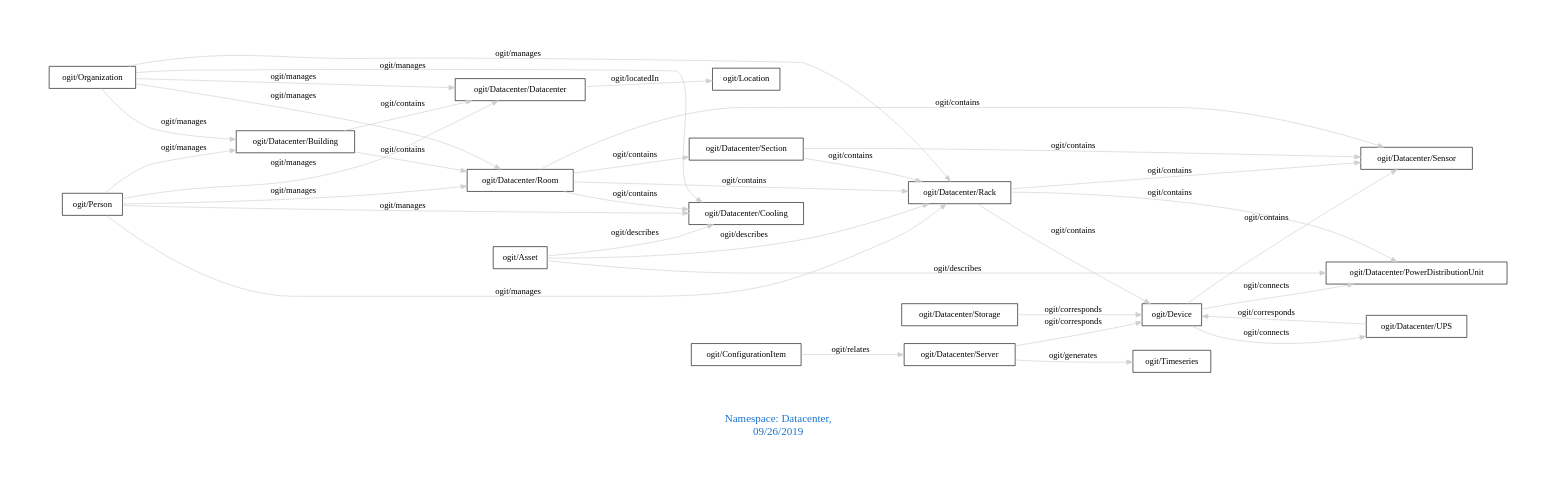
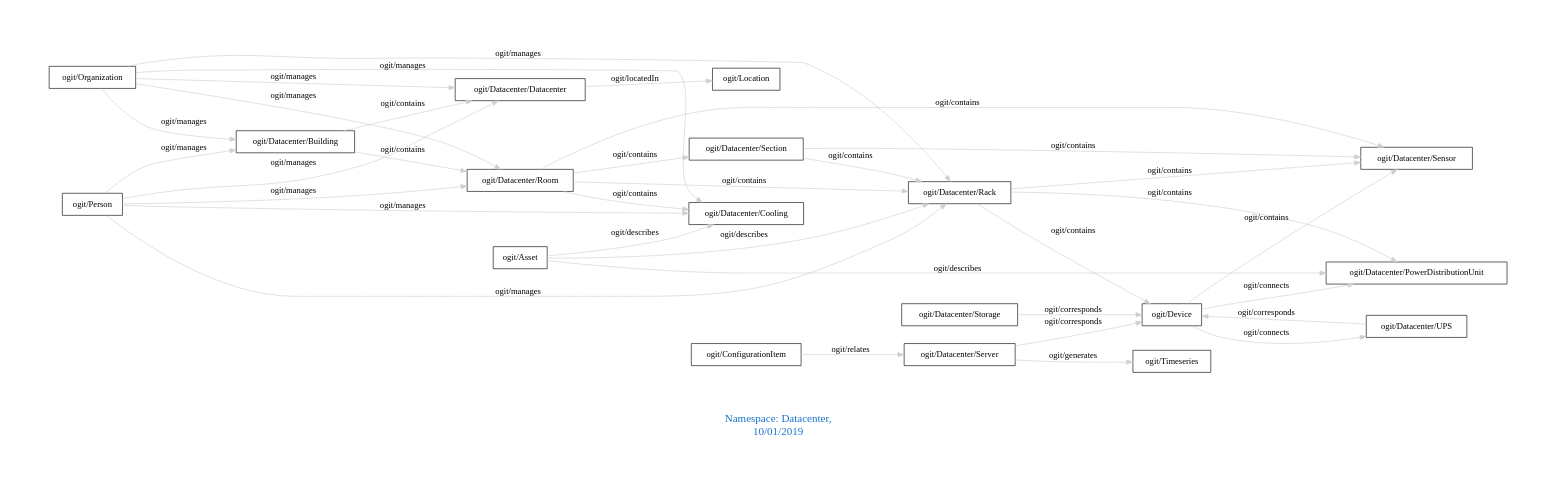
One commit to arago/OGIT changed the diagram in downloads/Datacenter.dot. Above: the diagram before and after it, drawn with Graphviz. The commit also changed 152 other files, not shown here.

```diff
--- a/downloads/Datacenter.dot
+++ b/downloads/Datacenter.dot
@@ -1,41 +1,41 @@
 digraph OGIT_ontology {
  graph [ rankdir= LR,pad=1 
 fontsize = 18,
-fontcolor= dodgerblue3,label = "\n\n\nNamespace: Datacenter, \n 09/26/2019"];
+fontcolor= dodgerblue3,label = "\n\n\nNamespace: Datacenter, \n 10/01/2019"];
 node[shape=polygon];
 edge [  color="gray81"];
 
    "ogit/Datacenter/Building" -> "ogit/Datacenter/Datacenter" [label="   ogit/contains    "];
    "ogit/Datacenter/Building" -> "ogit/Datacenter/Room" [label="   ogit/contains    "];
    "ogit/Datacenter/Rack" -> "ogit/Datacenter/Sensor" [label="   ogit/contains    "];
    "ogit/Datacenter/Rack" -> "ogit/Datacenter/PowerDistributionUnit" [label="   ogit/contains    "];
    "ogit/Datacenter/Rack" -> "ogit/Device" [label="   ogit/contains    "];
    "ogit/Datacenter/Room" -> "ogit/Datacenter/Rack" [label="   ogit/contains    "];
    "ogit/Datacenter/Room" -> "ogit/Datacenter/Cooling" [label="   ogit/contains    "];
    "ogit/Datacenter/Room" -> "ogit/Datacenter/Sensor" [label="   ogit/contains    "];
    "ogit/Datacenter/Room" -> "ogit/Datacenter/Section" [label="   ogit/contains    "];
    "ogit/Datacenter/Section" -> "ogit/Datacenter/Sensor" [label="   ogit/contains    "];
    "ogit/Datacenter/Section" -> "ogit/Datacenter/Rack" [label="   ogit/contains    "];
    "ogit/Device" -> "ogit/Datacenter/Sensor" [label="   ogit/contains    "];
    "ogit/Organization" -> "ogit/Datacenter/Room" [label="   ogit/manages    "];
    "ogit/Organization" -> "ogit/Datacenter/Rack" [label="   ogit/manages    "];
    "ogit/Organization" -> "ogit/Datacenter/Datacenter" [label="   ogit/manages    "];
    "ogit/Organization" -> "ogit/Datacenter/Cooling" [label="   ogit/manages    "];
    "ogit/Organization" -> "ogit/Datacenter/Building" [label="   ogit/manages    "];
    "ogit/Person" -> "ogit/Datacenter/Room" [label="   ogit/manages    "];
    "ogit/Person" -> "ogit/Datacenter/Rack" [label="   ogit/manages    "];
    "ogit/Person" -> "ogit/Datacenter/Datacenter" [label="   ogit/manages    "];
    "ogit/Person" -> "ogit/Datacenter/Cooling" [label="   ogit/manages    "];
    "ogit/Person" -> "ogit/Datacenter/Building" [label="   ogit/manages    "];
    "ogit/Datacenter/Server" -> "ogit/Timeseries" [label="   ogit/generates    "];
    "ogit/Asset" -> "ogit/Datacenter/Rack" [label="   ogit/describes    "];
    "ogit/Asset" -> "ogit/Datacenter/PowerDistributionUnit" [label="   ogit/describes    "];
    "ogit/Asset" -> "ogit/Datacenter/Cooling" [label="   ogit/describes    "];
    "ogit/Device" -> "ogit/Datacenter/PowerDistributionUnit" [label="   ogit/connects    "];
    "ogit/Device" -> "ogit/Datacenter/UPS" [label="   ogit/connects    "];
    "ogit/Datacenter/Datacenter" -> "ogit/Location" [label="   ogit/locatedIn    "];
    "ogit/Datacenter/Server" -> "ogit/Device" [label="   ogit/corresponds    "];
    "ogit/Datacenter/Storage" -> "ogit/Device" [label="   ogit/corresponds    "];
    "ogit/Datacenter/UPS" -> "ogit/Device" [label="   ogit/corresponds    "];
    "ogit/ConfigurationItem" -> "ogit/Datacenter/Server" [label="   ogit/relates    "];
 }
```
